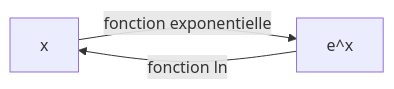
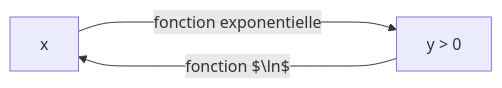
The first of 2 diagrams in docs/logarithme/ln_cours.md (Matteovanypersele/copy-mcoilhacsio-1-maths-approfondies), drawn with Mermaid before and after one commit. The commit also changed other lines of this file, not shown here.

Commit message:
autre schéma

````diff
--- a/docs/logarithme/ln_cours.md
+++ b/docs/logarithme/ln_cours.md
@@ -89,5 +89,5 @@
     ```mermaid
         graph LR
-            A[x] --> |fonction exponentielle| B[e^x];
-            B -->|fonction ln| A;
+            A[x] ----> |fonction exponentielle| B[y > 0];
+            B ---->|fonction $\ln$| A;
     ```
````
